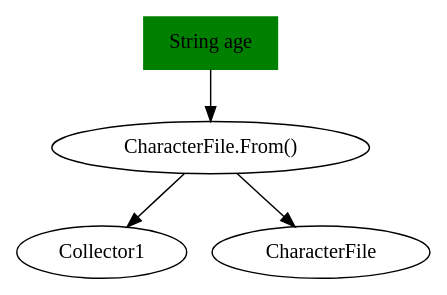
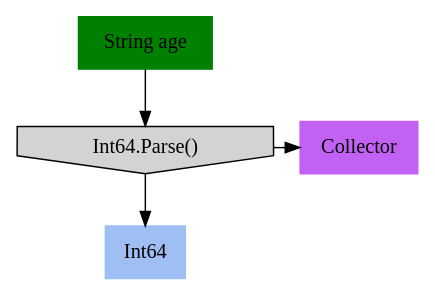
One commit to refactoring-pipelines/Pipelines changed the diagram in Pipelines.Test/PipelineTests.BasicPipelineTest.approved.dot. Above: the diagram before and after it, drawn with Graphviz. The commit also changed 2 other files, not shown here.

```diff
--- a/Pipelines.Test/PipelineTests.BasicPipelineTest.approved.dot
+++ b/Pipelines.Test/PipelineTests.BasicPipelineTest.approved.dot
@@ -1,4 +1,16 @@
 digraph G {
-    "String age" -> "CharacterFile.From()"  -> {Collector1 , CharacterFile}
-    "String age" [color=green,shape=rect, style=filled]
+node [style=filled, shape=rec]
+
+"String age" [color=green]
+
+"String age" -> "Int64.Parse()" -> {Int64, Collector0}
+
+Collector0 [label="Collector", color="#c361f4"]
+{ rank=same; "Int64.Parse()", Collector0}
+
+Int64 [color="#9fbff4"]
+"Int64.Parse()" [shape=invhouse]
+
+
+
 }
```
